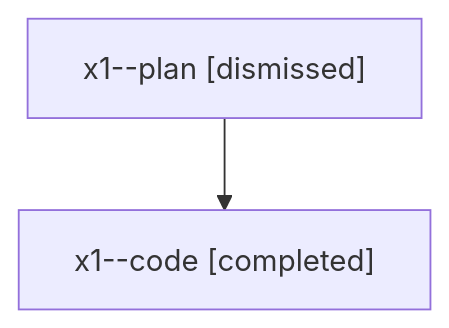
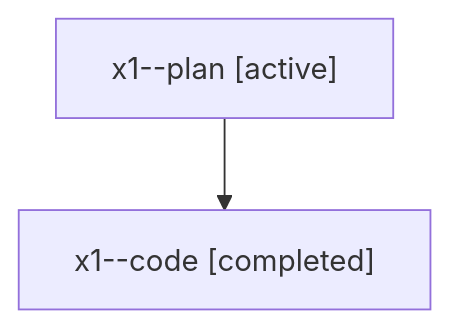
One commit to sase-org/sase--agents changed the diagram in families/bbugyi200.athena.x1.md. Above: the diagram before and after it, drawn with Mermaid. The commit also changed other lines of this file and 35830 other files, not shown here.

````diff
--- a/families/bbugyi200.athena.x1.md
+++ b/families/bbugyi200.athena.x1.md
@@ -9,6 +9,6 @@
 ```mermaid
 flowchart TD
-  n0["x1--plan [dismissed]"]
+  n0["x1--plan [active]"]
   n1["x1--code [completed]"]
   n0 --> n1
 ```
````
